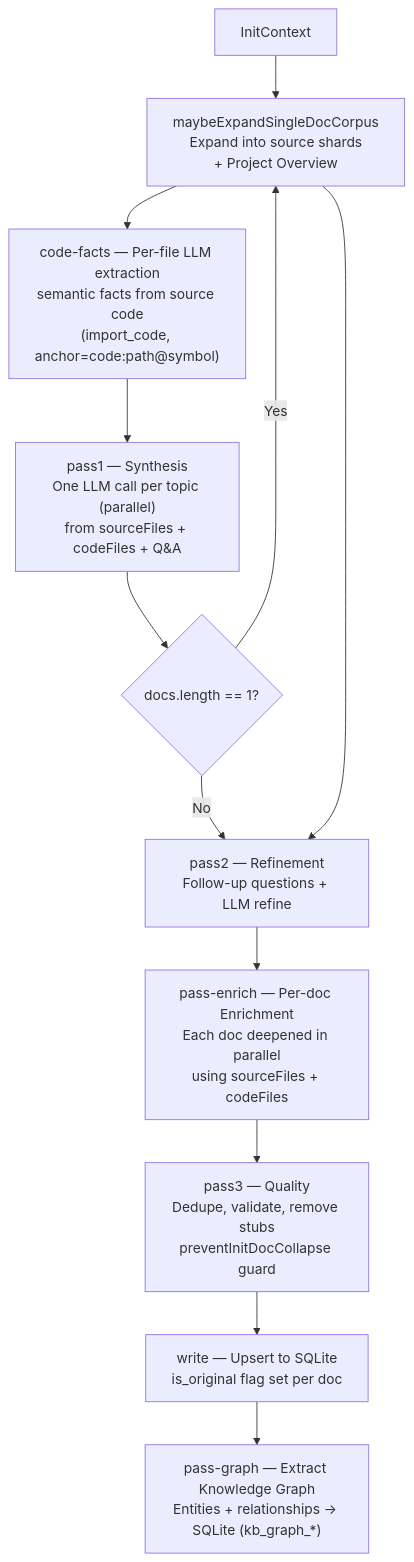
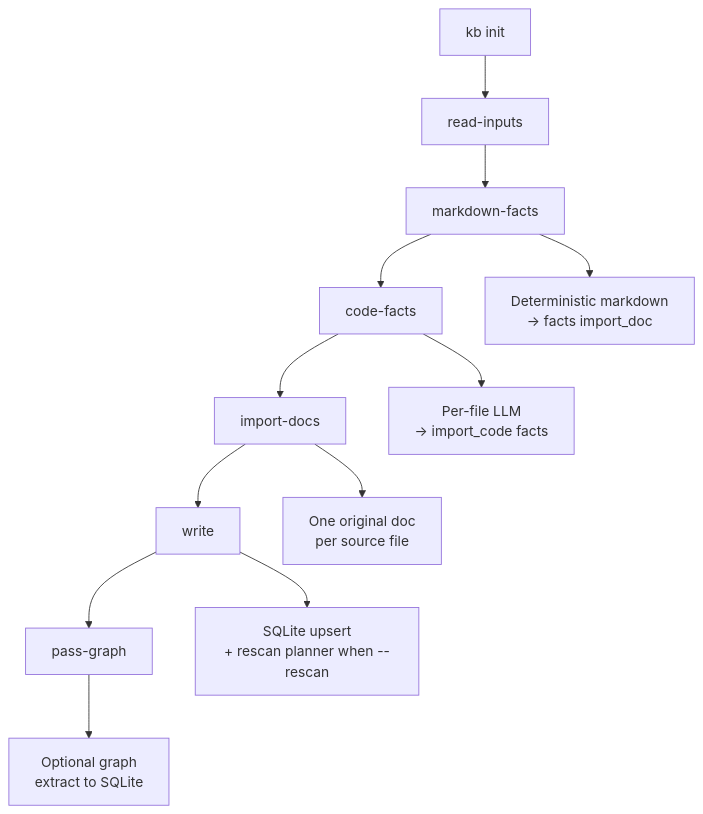
Before and after one commit to rosenjcb/kb: the second of 2 diagrams in src/core/INIT.md, drawn with Mermaid. The commit also changed other lines of this file and 40 other files, not shown here.

````diff
--- a/src/core/INIT.md
+++ b/src/core/INIT.md
@@ -28,30 +28,15 @@
 ```mermaid
 flowchart TD
-    F[InitContext] --> SF
+    A[kb init] --> R[read-inputs]
+    R --> MF[markdown-facts]
+    MF --> CF[code-facts]
+    CF --> IM[import-docs]
+    IM --> W[write]
+    W --> PG[pass-graph]
 
-    SF["scan-facts — Deterministic ingest\nsegment markdown sources → facts\n(import_doc, before pass1)"]
-    SF --> CF
-
-    CF["code-facts — Per-file LLM extraction\nsemantic facts from source code\n(import_code, anchor=code:path@symbol)"]
-    CF --> P1
-
-    P1["pass1 — Synthesis\nOne LLM call per topic (parallel)\nfrom sourceFiles + codeFiles + Q&A"]
-    P1 --> X{docs.length == 1?}
-    X -- Yes --> SF["maybeExpandSingleDocCorpus\nExpand into source shards\n+ Project Overview"]
-    X -- No --> P2
-    SF --> P2
-
-    P2["pass2 — Refinement\nFollow-up questions + LLM refine"]
-    P2 --> PE
-
-    PE["pass-enrich — Per-doc Enrichment\nEach doc deepened in parallel\nusing sourceFiles + codeFiles"]
-    PE --> P3
-
-    P3["pass3 — Quality\nDedupe, validate, remove stubs\npreventInitDocCollapse guard"]
-    P3 --> W
-
-    W["write — Upsert to SQLite\nis_original flag set per doc"]
-    W --> PG
-
-    PG["pass-graph — Extract Knowledge Graph\nEntities + relationships → SQLite (kb_graph_*)"]
+    MF --> MF1["Deterministic markdown\n→ facts import_doc"]
+    CF --> CF1["Per-file LLM\n→ import_code facts"]
+    IM --> IM1["One original doc\nper source file"]
+    W --> W1["SQLite upsert\n+ rescan planner when --rescan"]
+    PG --> PG1["Optional graph\nextract to SQLite"]
 ```
````
